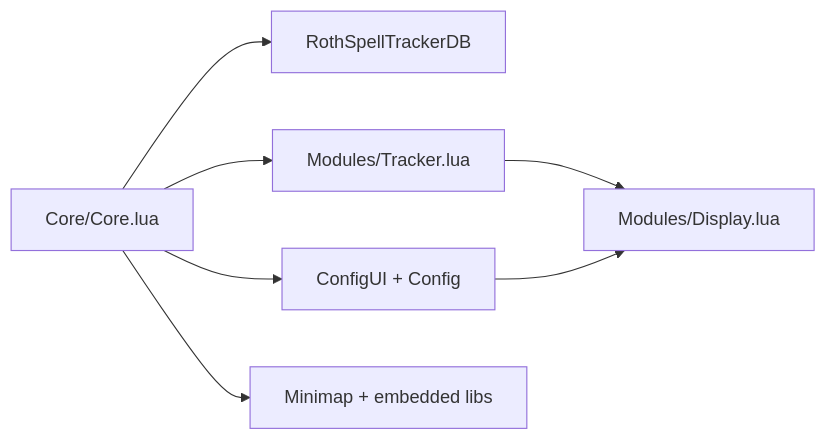
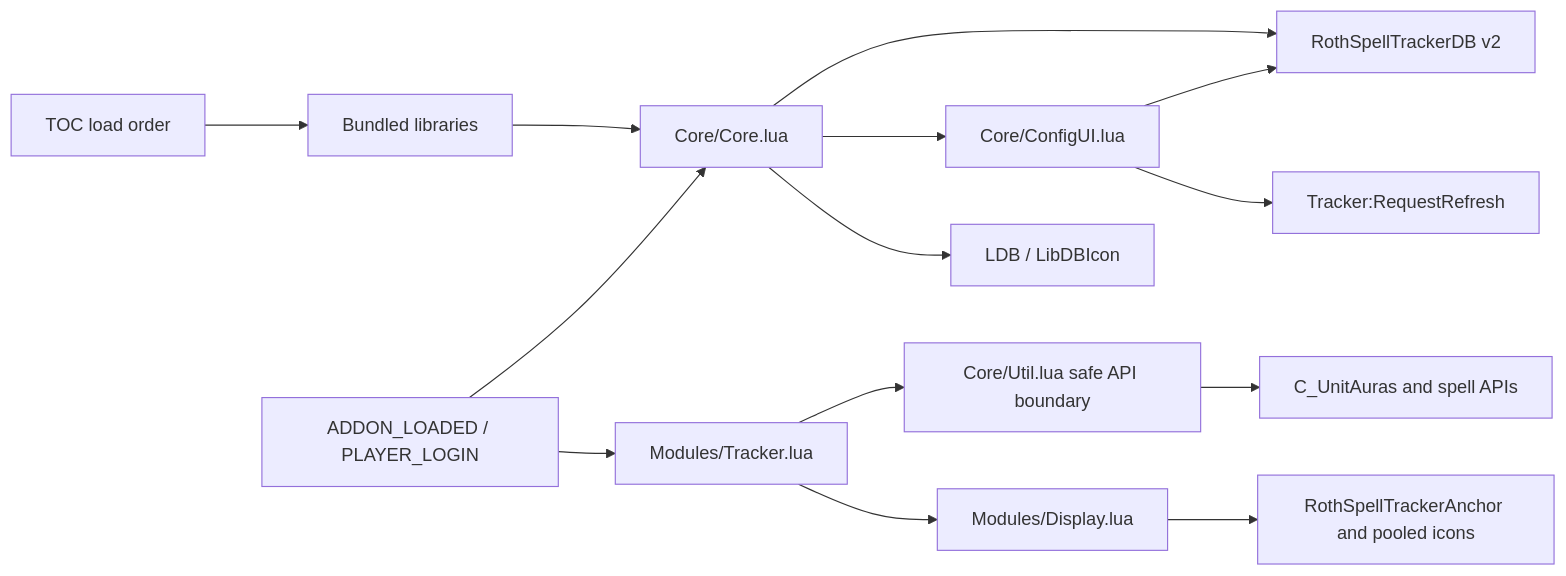
One commit to UnknownAlienHuman/roth-spell-tracker changed the diagram in CODE_GRAPH.md. Above: the diagram before and after it, drawn with Mermaid. The commit also changed 4 other files, not shown here.

Commit message:
Publish Roth Spell Tracker from WoWDevAddons e27683052380

````diff
--- a/CODE_GRAPH.md
+++ b/CODE_GRAPH.md
@@ -3,9 +3,16 @@
 ```mermaid
 flowchart LR
-  Core[Core/Core.lua] --> DB[RothSpellTrackerDB]
-  Core --> Config[ConfigUI + Config]
-  Core --> Tracker[Modules/Tracker.lua]
+  TOC[TOC load order] --> Libs[Bundled libraries]
+  Libs --> Core[Core/Core.lua]
+  Core --> DB[RothSpellTrackerDB v2]
+  Core --> UI[Core/ConfigUI.lua]
+  UI --> DB
+  UI --> Refresh[Tracker:RequestRefresh]
+  Events[ADDON_LOADED / PLAYER_LOGIN] --> Core
+  Events --> Tracker[Modules/Tracker.lua]
+  Tracker --> Safe[Core/Util.lua safe API boundary]
+  Safe --> Aura[C_UnitAuras and spell APIs]
   Tracker --> Display[Modules/Display.lua]
-  Config --> Display
-  Core --> Minimap[Minimap + embedded libs]
+  Display --> Anchor[RothSpellTrackerAnchor and pooled icons]
+  Core --> Minimap[LDB / LibDBIcon]
 ```
````
